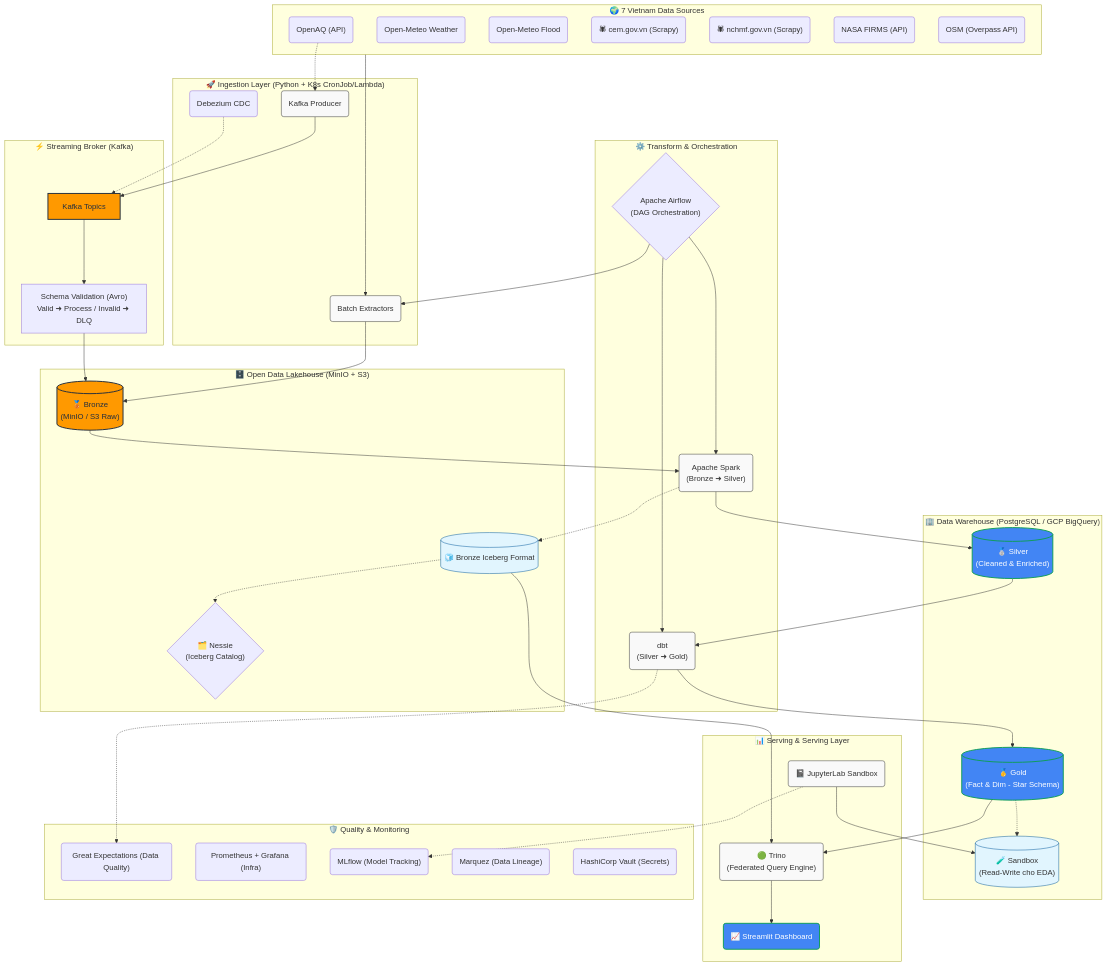
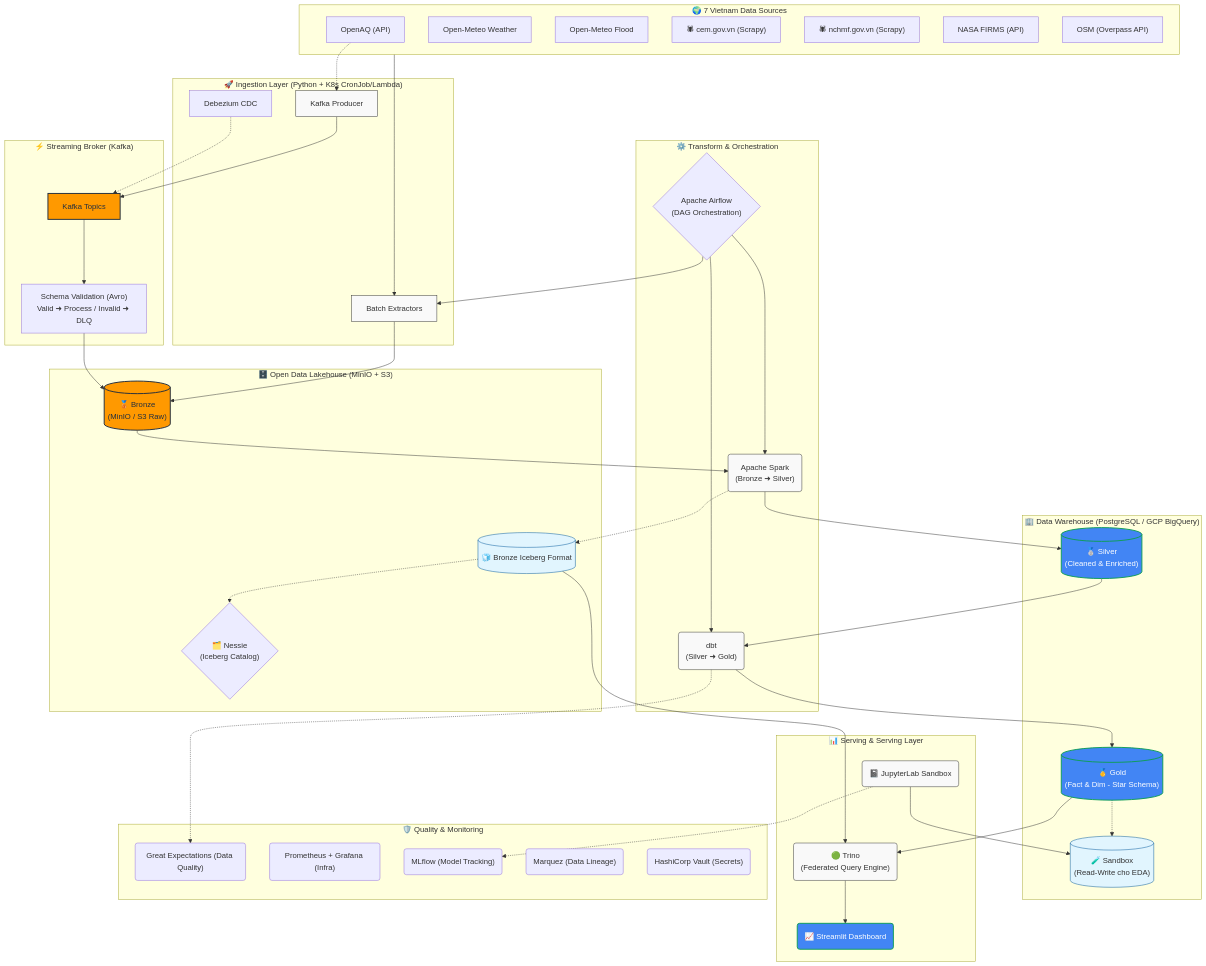
One commit to HoangLongIT1/UrbanPulseVN changed the diagram in docs/architecture.md. Above: the diagram before and after it, drawn with Mermaid.

Commit message:
docs: fix mermaid architecture diagram syntax

```diff
--- a/docs/architecture.md
+++ b/docs/architecture.md
@@ -12,52 +12,52 @@
     
     %% Tầng Data Sources
     subgraph DataSources ["🌍 7 Vietnam Data Sources"]
-        API1("OpenAQ (API)")
-        API2("Open-Meteo Weather")
-        API3("Open-Meteo Flood")
-        Crawl1("🕷 cem.gov.vn (Scrapy)")
-        Crawl2("🕷 nchmf.gov.vn (Scrapy)")
-        API4("NASA FIRMS (API)")
-        API5("OSM (Overpass API)")
+        API1["OpenAQ (API)"]
+        API2["Open-Meteo Weather"]
+        API3["Open-Meteo Flood"]
+        Crawl1["🕷 cem.gov.vn (Scrapy)"]
+        Crawl2["🕷 nchmf.gov.vn (Scrapy)"]
+        API4["NASA FIRMS (API)"]
+        API5["OSM (Overpass API)"]
     end
 
     %% Tầng Ingestion & Streaming
     subgraph Ingestion ["🚀 Ingestion Layer (Python + K8s CronJob/Lambda)"]
-        Batch("Batch Extractors")
-        StreamP("Kafka Producer")
-        Debezium("Debezium CDC")
+        Batch["Batch Extractors"]
+        StreamP["Kafka Producer"]
+        Debezium["Debezium CDC"]
     end
 
     %% Streaming Broker
     subgraph Streaming ["⚡ Streaming Broker (Kafka)"]
         Kafka["Kafka Topics"]
-        SchemaRegistry["Schema Validation (Avro)\nValid ➜ Process / Invalid ➜ DLQ"]
+        SchemaRegistry["Schema Validation (Avro)<br>Valid ➜ Process / Invalid ➜ DLQ"]
     end
 
     %% Tầng Data Lake (Bronze & Silver)
     subgraph DataLake ["🗄️ Open Data Lakehouse (MinIO + S3)"]
-        Bronze[("🥉 Bronze\n(MinIO / S3 Raw)")]
-        Nessie{"🗂️ Nessie\n(Iceberg Catalog)"}
+        Bronze[("🥉 Bronze<br>(MinIO / S3 Raw)")]
+        Nessie{"🗂️ Nessie<br>(Iceberg Catalog)"}
         BronzeIce[("🧊 Bronze Iceberg Format")]
     end
 
     %% Tầng Data Warehouse (Silver & Gold)
     subgraph DWH ["🏢 Data Warehouse (PostgreSQL / GCP BigQuery)"]
-        Silver[("🥈 Silver\n(Cleaned & Enriched)")]
-        Gold[("🥇 Gold\n(Fact & Dim - Star Schema)")]
-        Sandbox[("🧪 Sandbox\n(Read-Write cho EDA)")]
+        Silver[("🥈 Silver<br>(Cleaned & Enriched)")]
+        Gold[("🥇 Gold<br>(Fact & Dim - Star Schema)")]
+        Sandbox[("🧪 Sandbox<br>(Read-Write cho EDA)")]
     end
 
     %% Tầng Transform & Orchestration
     subgraph Transform ["⚙️ Transform & Orchestration"]
-        Spark("Apache Spark\n(Bronze ➜ Silver)")
-        dbt("dbt\n(Silver ➜ Gold)")
-        Airflow{"Apache Airflow\n(DAG Orchestration)"}
+        Spark("Apache Spark<br>(Bronze ➜ Silver)")
+        dbt("dbt<br>(Silver ➜ Gold)")
+        Airflow{"Apache Airflow<br>(DAG Orchestration)"}
     end
 
     %% Tầng Serving & Dashboard
     subgraph Serving ["📊 Serving & Serving Layer"]
-        Trino("🟢 Trino\n(Federated Query Engine)")
+        Trino("🟢 Trino<br>(Federated Query Engine)")
         Streamlit("📈 Streamlit Dashboard")
         Jupyter("📓 JupyterLab Sandbox")
     end
```
